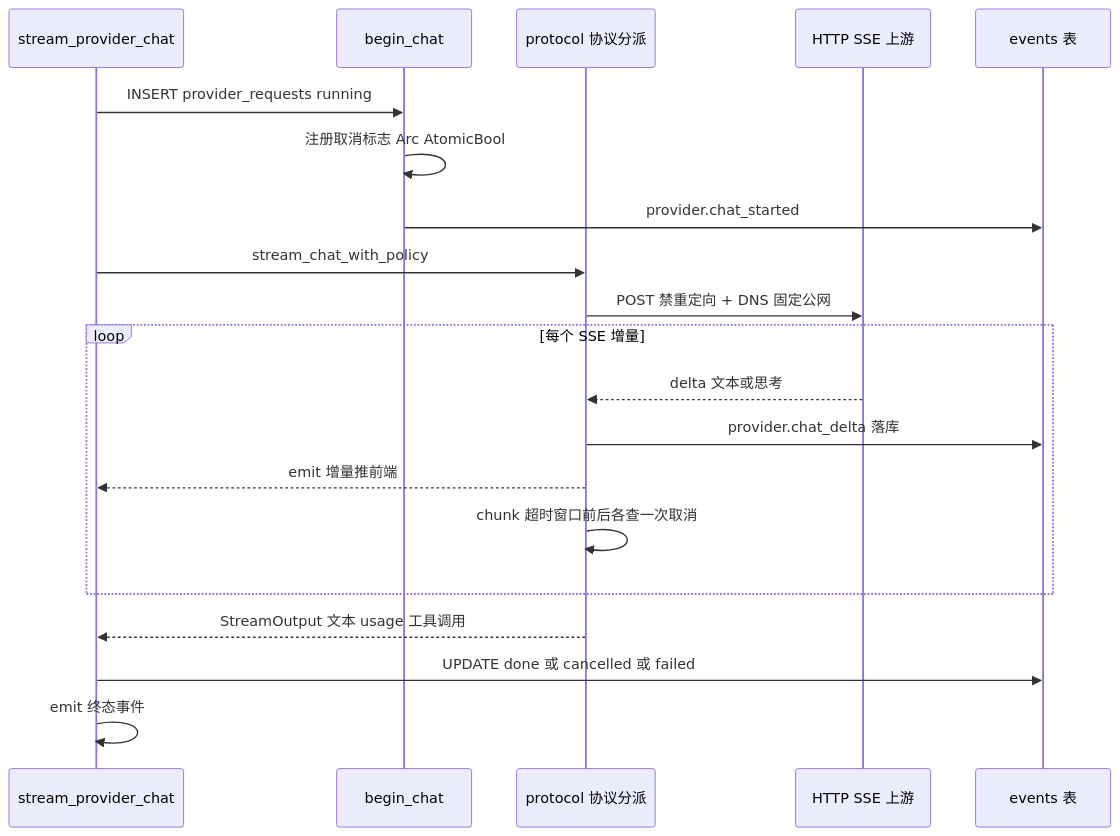
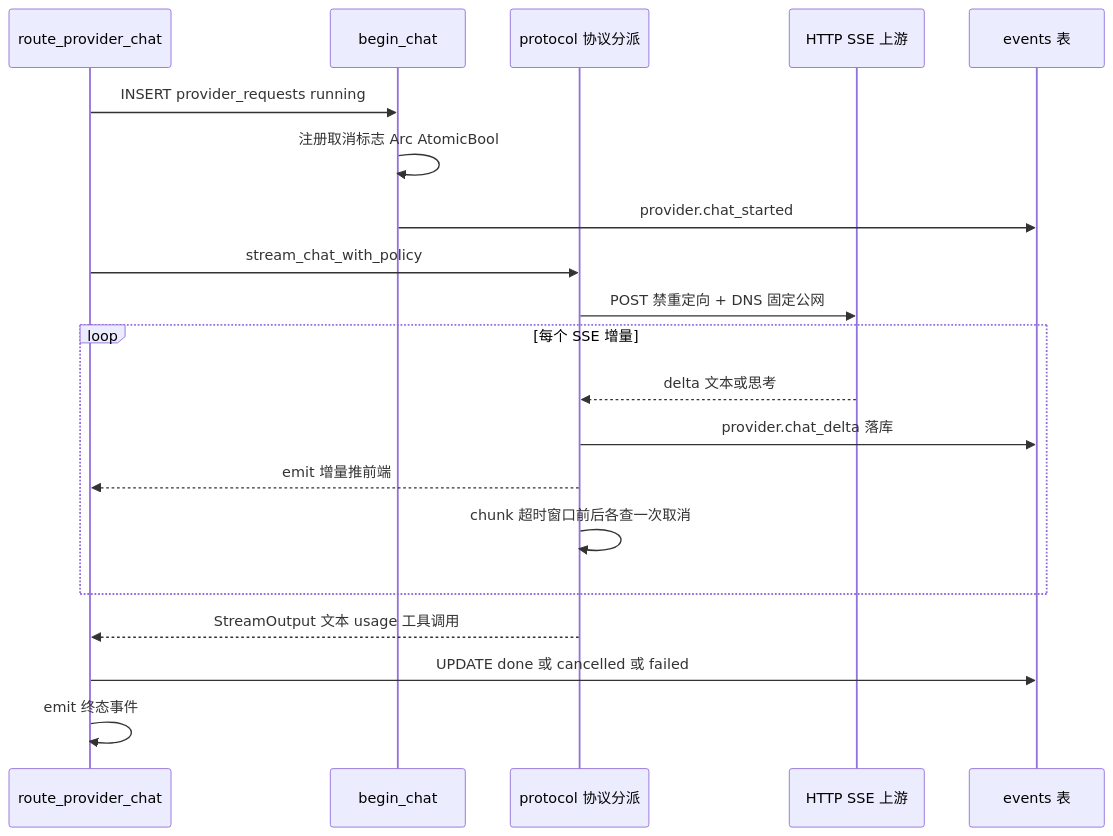
Before and after one commit to hershate/Deep-tutor: the sixth of 23 diagrams in docs/architecture/02-operation-principles.md, drawn with Mermaid. The commit also changed other lines of this file and 16 other files, not shown here.

````diff
--- a/docs/architecture/02-operation-principles.md
+++ b/docs/architecture/02-operation-principles.md
@@ -175,22 +175,22 @@
 ```mermaid
 sequenceDiagram
-    participant C as stream_provider_chat
+    participant C as route_provider_chat
     participant B as begin_chat
     participant P as protocol 协议分派
     participant H as HTTP SSE 上游
     participant E as events 表
     C->>B: INSERT provider_requests running
     B->>B: 注册取消标志 Arc AtomicBool
     B->>E: provider.chat_started
     C->>P: stream_chat_with_policy
     P->>H: POST 禁重定向 + DNS 固定公网
     loop 每个 SSE 增量
         H-->>P: delta 文本或思考
         P->>E: provider.chat_delta 落库
         P-->>C: emit 增量推前端
         P->>P: chunk 超时窗口前后各查一次取消
     end
     P-->>C: StreamOutput 文本 usage 工具调用
     C->>E: UPDATE done 或 cancelled 或 failed
     C->>C: emit 终态事件
 ```
````
